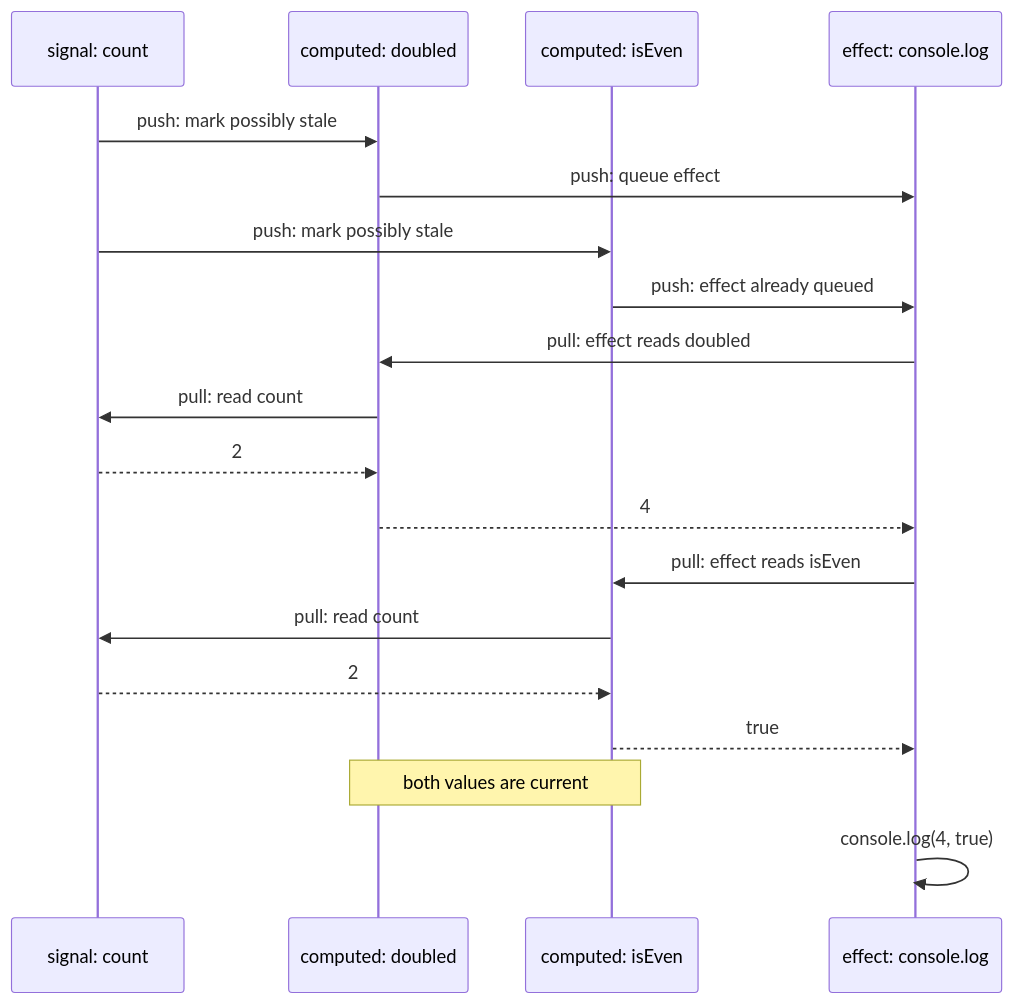
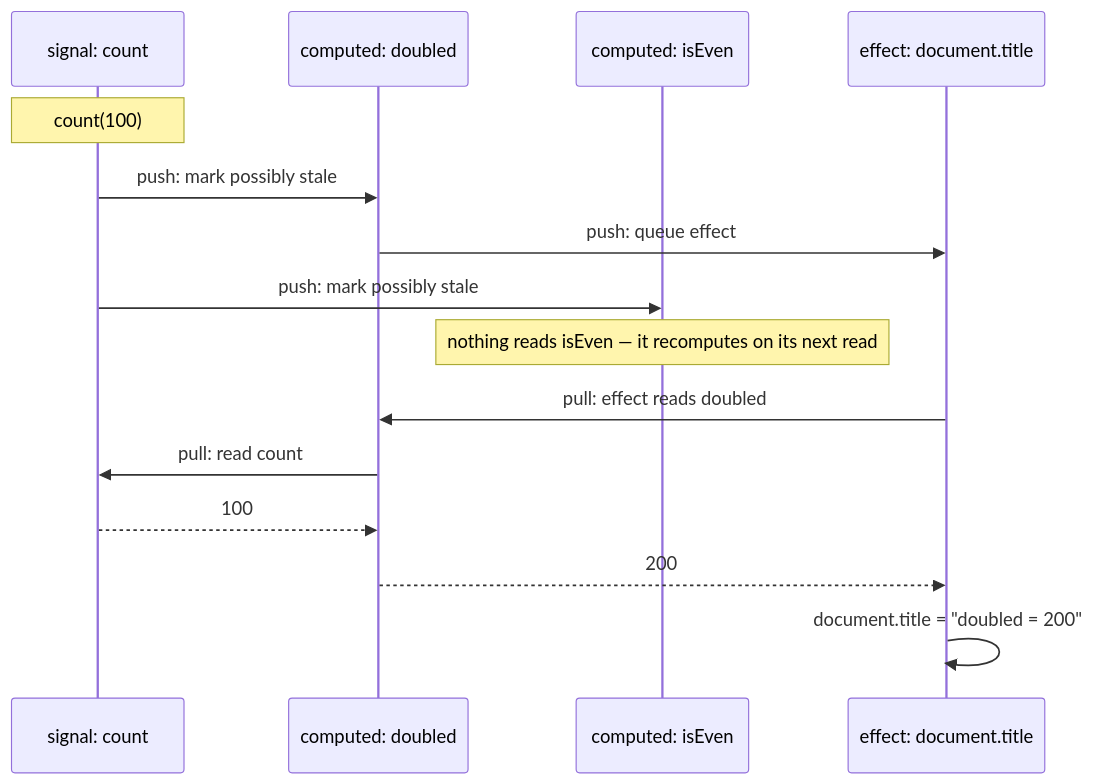
Before and after one commit to justjake/alien-signals: the second of 4 diagrams in README.md, drawn with Mermaid. The commit also changed other lines of this file, not shown here.

First line of the commit message:
readme: what-are-signals rewrite; framework docs links; diagrams match the document.title example

````diff
--- a/README.md
+++ b/README.md
@@ -54,22 +73,18 @@
 ```mermaid
 sequenceDiagram
     participant S as signal: count
     participant D as computed: doubled
     participant V as computed: isEven
-    participant E as effect: console.log
+    participant E as effect: document.title
 
+    Note over S: count(100)
     S->>D: push: mark possibly stale
     D->>E: push: queue effect
     S->>V: push: mark possibly stale
-    V->>E: push: effect already queued
+    Note over V: nothing reads isEven — it recomputes on its next read
     E->>D: pull: effect reads doubled
     D->>S: pull: read count
-    S-->>D: 2
-    D-->>E: 4
-    E->>V: pull: effect reads isEven
-    V->>S: pull: read count
-    S-->>V: 2
-    V-->>E: true
-    Note over D,V: both values are current
-    E->>E: console.log(4, true)
+    S-->>D: 100
+    D-->>E: 200
+    E->>E: document.title = "doubled = 200"
 ```
````
